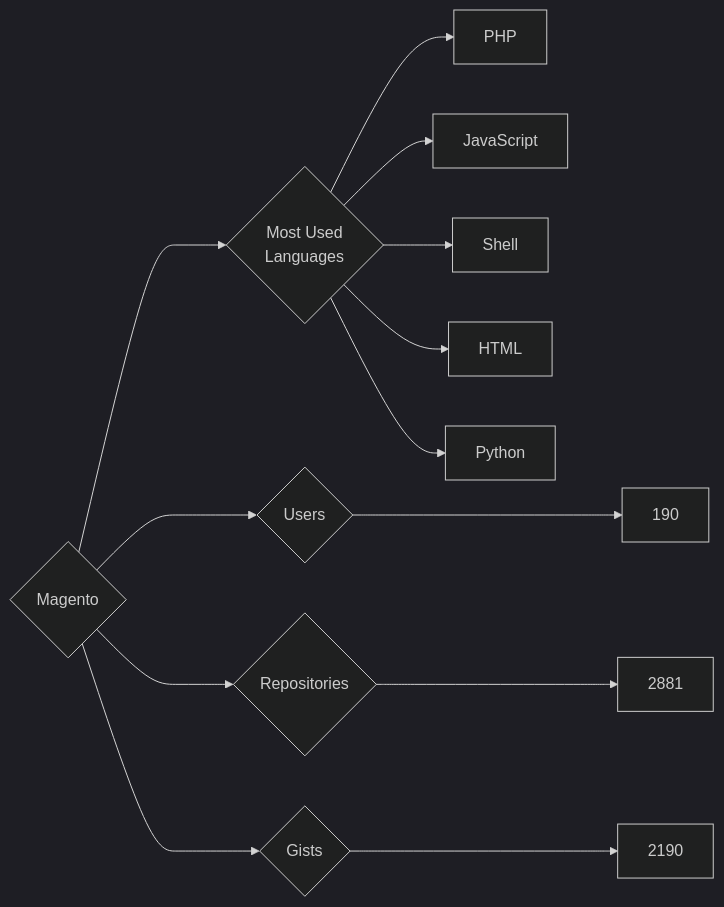
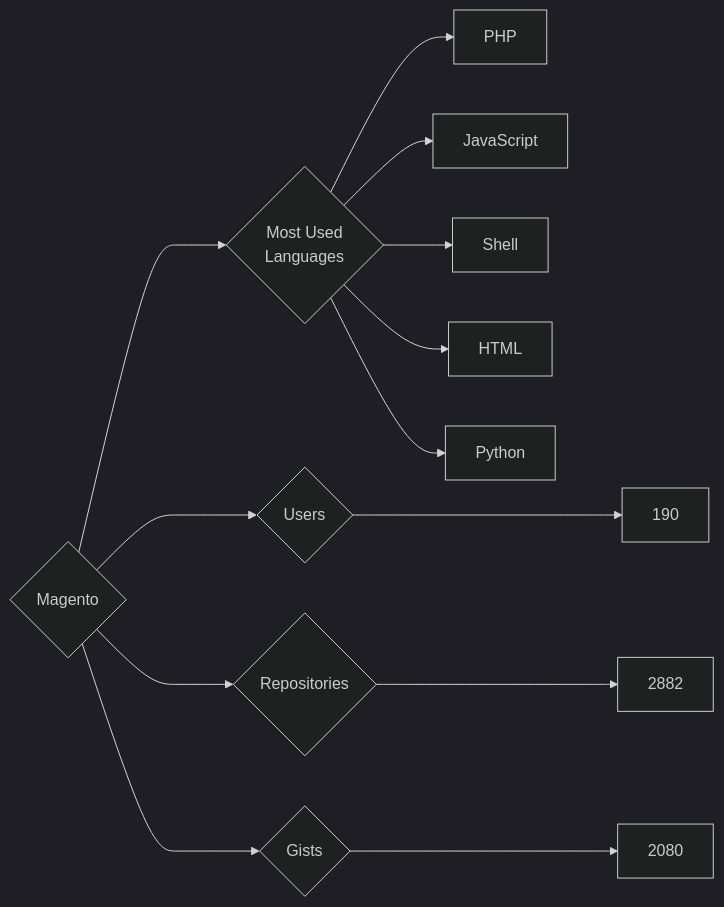
The diagram in targets/Magento/README.md (trickest/insiders), drawn with Mermaid (dark theme) before and after one commit. The commit also changed 629 other files, not shown here.

````diff
--- a/targets/Magento/README.md
+++ b/targets/Magento/README.md
@@ -3,13 +3,13 @@
 ```mermaid
 graph LR
 COMPANY_NAME{Magento}
 COMPANY_NAME ---> U{Users} ---> UN[190]
-COMPANY_NAME ---> R{Repositories} ---> RN[2881]
-COMPANY_NAME ---> G{Gists} ---> GN[2190]
+COMPANY_NAME ---> R{Repositories} ---> RN[2882]
+COMPANY_NAME ---> G{Gists} ---> GN[2080]
 COMPANY_NAME ---> ML{Most Used<br>Languages}
 ML --> PHP[PHP]
 ML --> JavaScript[JavaScript]
 ML --> Shell[Shell]
 ML --> HTML[HTML]
 ML --> Python[Python]
 ```
````
